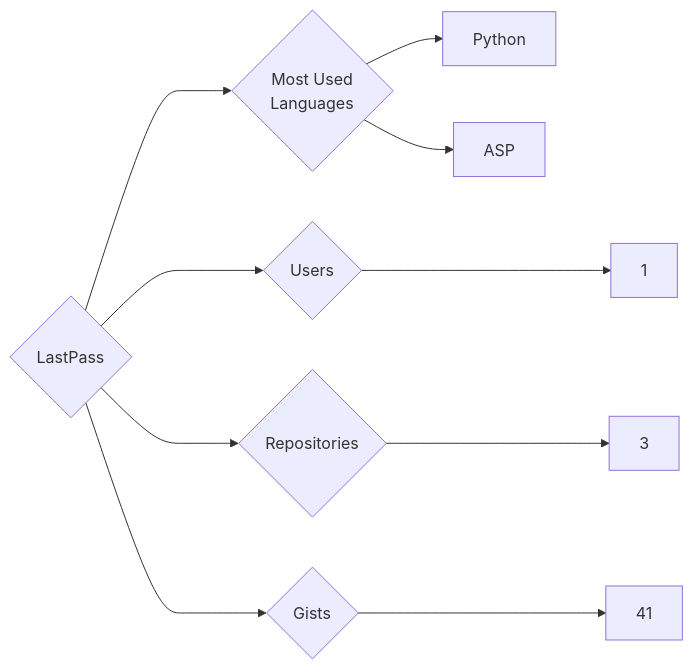
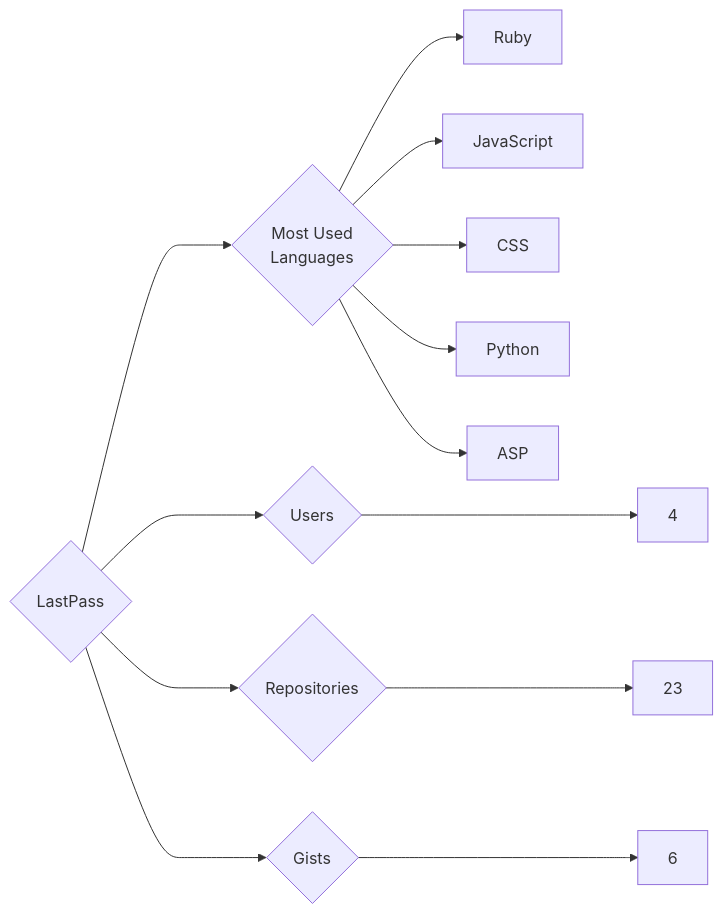
The diagram in targets/LastPass/README.md (trickest/insiders), drawn with Mermaid before and after one commit. The commit also changed 693 other files, not shown here.

````diff
--- a/targets/LastPass/README.md
+++ b/targets/LastPass/README.md
@@ -3,10 +3,13 @@
 ```mermaid
 graph LR
 COMPANY_NAME{LastPass}
-COMPANY_NAME ---> U{Users} ---> UN[1]
-COMPANY_NAME ---> R{Repositories} ---> RN[3]
-COMPANY_NAME ---> G{Gists} ---> GN[41]
+COMPANY_NAME ---> U{Users} ---> UN[4]
+COMPANY_NAME ---> R{Repositories} ---> RN[23]
+COMPANY_NAME ---> G{Gists} ---> GN[6]
 COMPANY_NAME ---> ML{Most Used<br>Languages}
+ML --> Ruby[Ruby]
+ML --> JavaScript[JavaScript]
+ML --> CSS[CSS]
 ML --> Python[Python]
 ML --> ASP[ASP]
 ```
````
